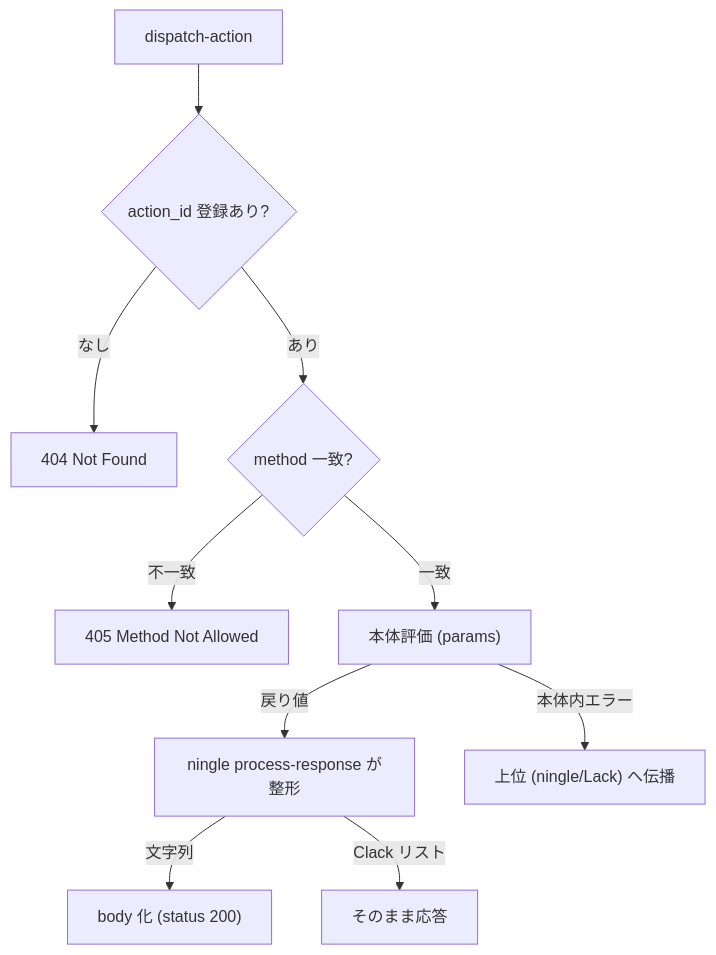
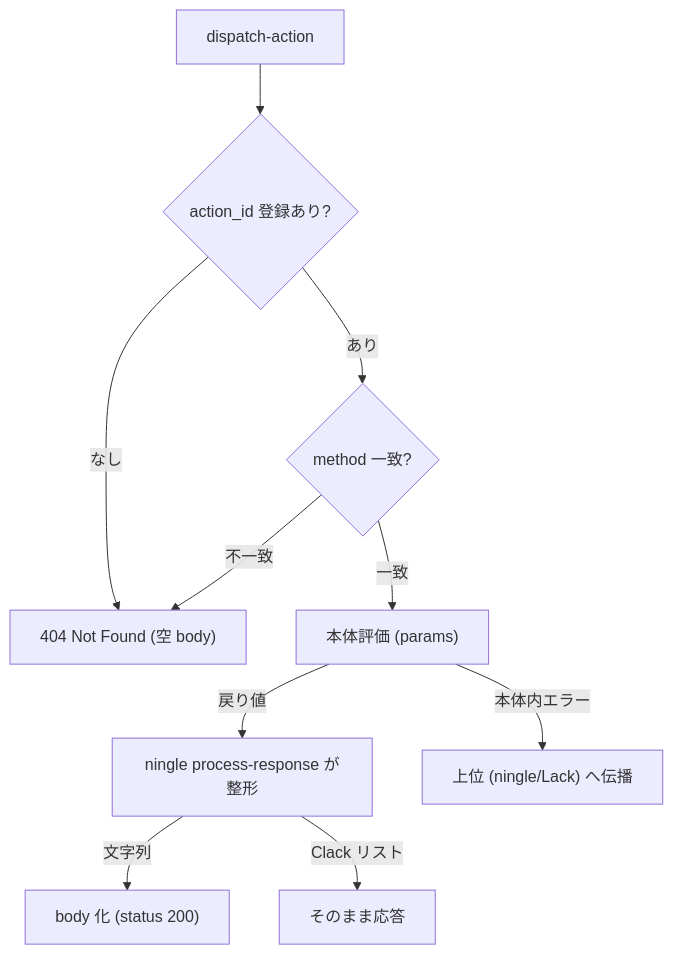
The sixth of 6 diagrams in docs/functional-design.md (skyizwhite/ningle-actions), drawn with Mermaid before and after one commit. The commit also changed other lines of this file and 7 other files, not shown here.

````diff
--- a/docs/functional-design.md
+++ b/docs/functional-design.md
@@ -305,12 +301,12 @@
 ```mermaid
 flowchart TD
     START["dispatch-action"] --> FIND{"action_id 登録あり?"}
-    FIND -->|"なし"| E404["404 Not Found"]
+    FIND -->|"なし"| E404["404 Not Found (空 body)"]
     FIND -->|"あり"| METHOD{"method 一致?"}
-    METHOD -->|"不一致"| E405["405 Method Not Allowed"]
+    METHOD -->|"不一致"| E404
     METHOD -->|"一致"| BODY["本体評価 (params)"]
     BODY -->|"戻り値"| PR["ningle process-response が整形"]
     PR -->|"文字列"| OK["body 化 (status 200)"]
     PR -->|"Clack リスト"| PASS["そのまま応答"]
     BODY -->|"本体内エラー"| UP["上位 (ningle/Lack) へ伝播"]
 ```
````
